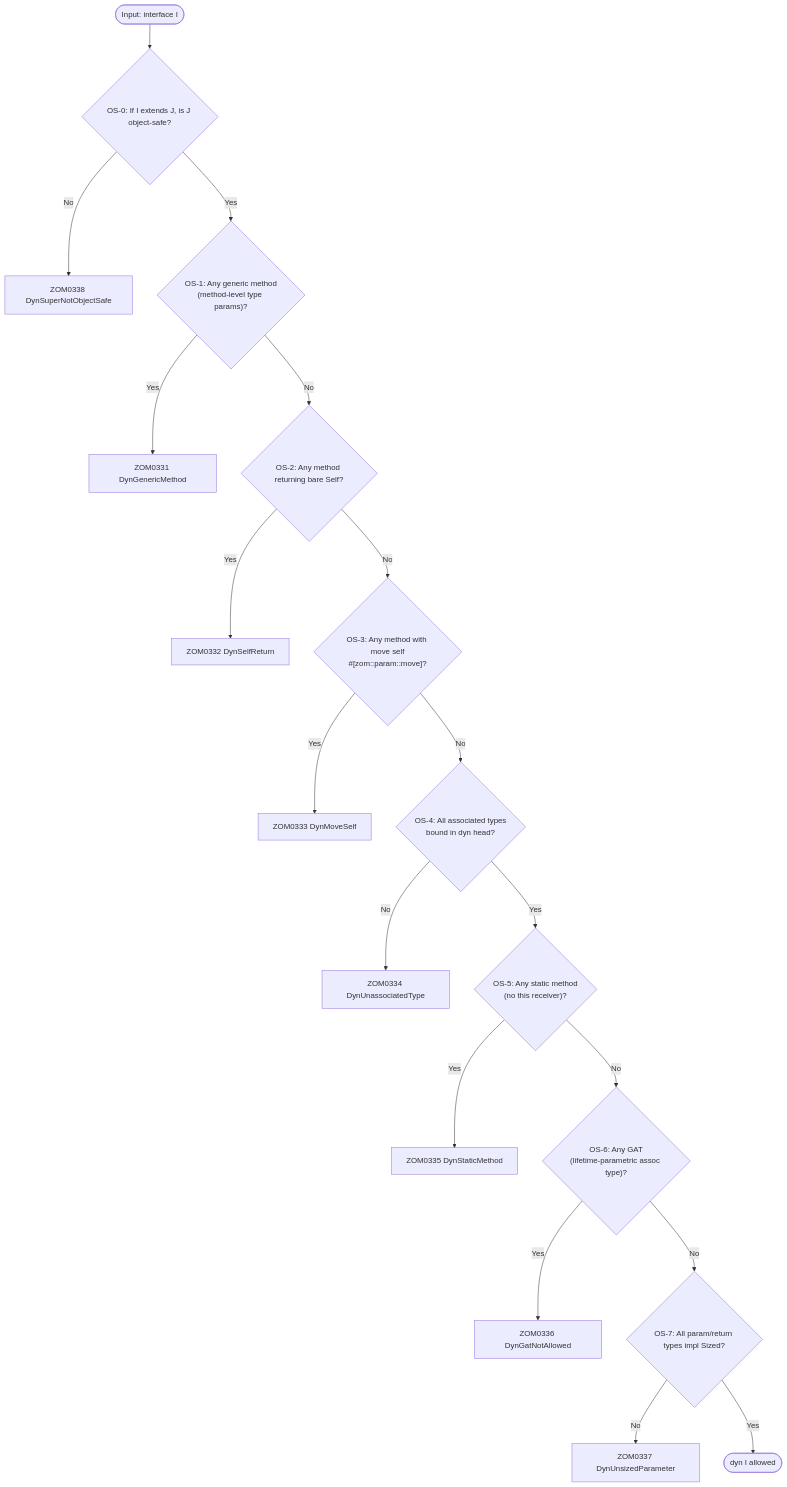
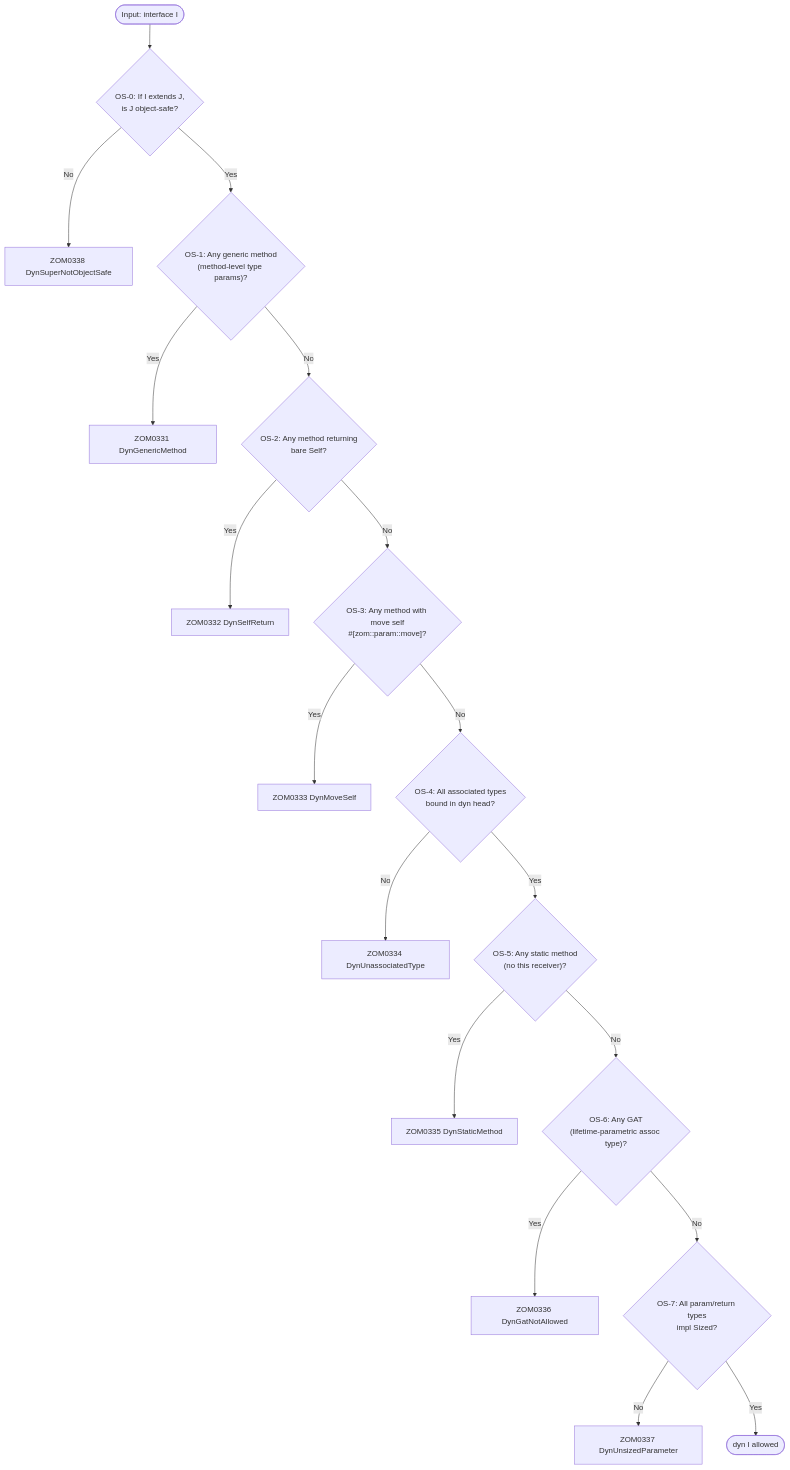
Before and after one commit to Zzzode/ZOM: the second of 2 diagrams in docs/spec/chapters/09-interfaces.md, drawn with Mermaid. The commit also changed other lines of this file and 126 other files, not shown here.

````diff
--- a/docs/spec/chapters/09-interfaces.md
+++ b/docs/spec/chapters/09-interfaces.md
@@ -428,20 +334,20 @@
 ```mermaid
 flowchart TD
-    Start([Input: interface I]) --> OS0{"OS-0: If I extends J, is J object-safe?"}
+    Start([Input: interface I]) --> OS0{"OS-0: If I extends J,<br/>is J object-safe?"}
     OS0 -->|No| E0[ZOM0338 DynSuperNotObjectSafe]
     OS0 -->|Yes| OS1{"OS-1: Any generic method<br/>(method-level type params)?"}
     OS1 -->|Yes| E1[ZOM0331 DynGenericMethod]
-    OS1 -->|No| OS2{"OS-2: Any method returning bare Self?"}
+    OS1 -->|No| OS2{"OS-2: Any method returning<br/>bare Self?"}
     OS2 -->|Yes| E2[ZOM0332 DynSelfReturn]
     OS2 -->|No| OS3{"OS-3: Any method with move self<br/>#[zom::param::move]?"}
     OS3 -->|Yes| E3[ZOM0333 DynMoveSelf]
     OS3 -->|No| OS4{"OS-4: All associated types<br/>bound in dyn head?"}
     OS4 -->|No| E4[ZOM0334 DynUnassociatedType]
     OS4 -->|Yes| OS5{"OS-5: Any static method<br/>(no this receiver)?"}
     OS5 -->|Yes| E5[ZOM0335 DynStaticMethod]
     OS5 -->|No| OS6{"OS-6: Any GAT<br/>(lifetime-parametric assoc type)?"}
     OS6 -->|Yes| E6[ZOM0336 DynGatNotAllowed]
-    OS6 -->|No| OS7{"OS-7: All param/return types impl Sized?"}
+    OS6 -->|No| OS7{"OS-7: All param/return types<br/>impl Sized?"}
     OS7 -->|No| E7[ZOM0337 DynUnsizedParameter]
     OS7 -->|Yes| OK([dyn I allowed])
 ```
````
